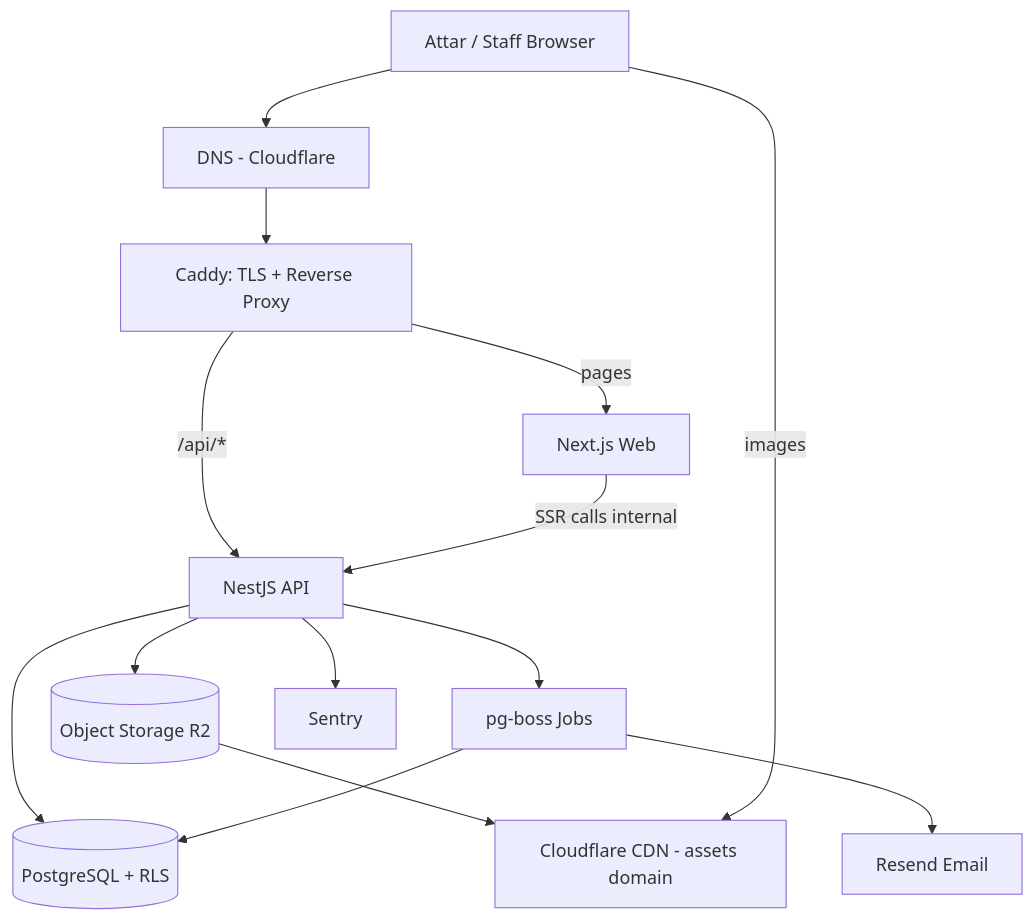
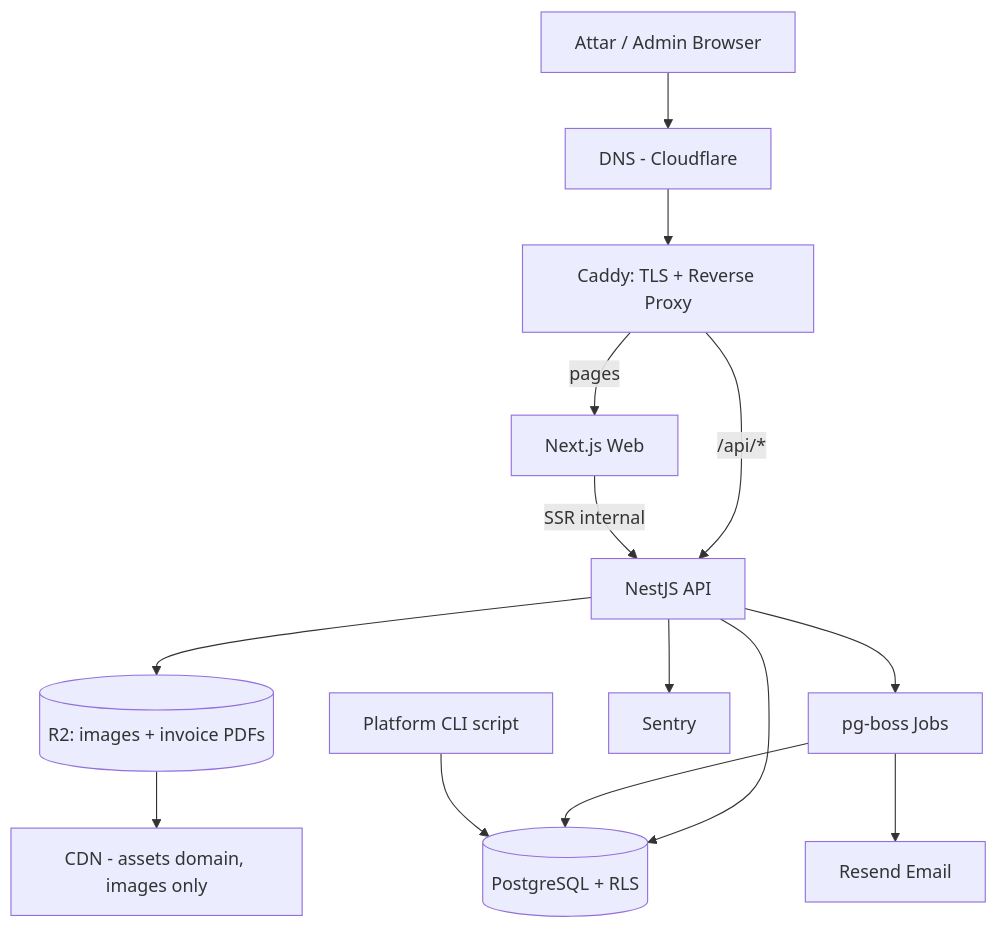
Before and after one commit to bechir-jalleli/Jomla-Go: the first of 5 diagrams in docs/TECHNICAL_BLUEPRINT.md, drawn with Mermaid. The commit also changed other lines of this file and 36 other files, not shown here.

````diff
--- a/docs/TECHNICAL_BLUEPRINT.md
+++ b/docs/TECHNICAL_BLUEPRINT.md
@@ -318,16 +252,16 @@
 ```mermaid
 flowchart TD
-  U[Attar / Staff Browser] --> DNS[DNS - Cloudflare]
+  U[Attar / Admin Browser] --> DNS[DNS - Cloudflare]
   DNS --> C[Caddy: TLS + Reverse Proxy]
   C -->|/api/*| API[NestJS API]
   C -->|pages| WEB[Next.js Web]
-  WEB -->|SSR calls internal| API
+  WEB -->|SSR internal| API
   API --> PG[(PostgreSQL + RLS)]
-  API --> R2[(Object Storage R2)]
-  R2 --> CDN[Cloudflare CDN - assets domain]
-  U -->|images| CDN
+  API --> R2[(R2: images + invoice PDFs)]
+  R2 --> CDN[CDN - assets domain, images only]
   API --> JOBS[pg-boss Jobs]
   JOBS --> PG
   JOBS --> MAIL[Resend Email]
   API --> SEN[Sentry]
+  CLI[Platform CLI script] --> PG
 ```
````
